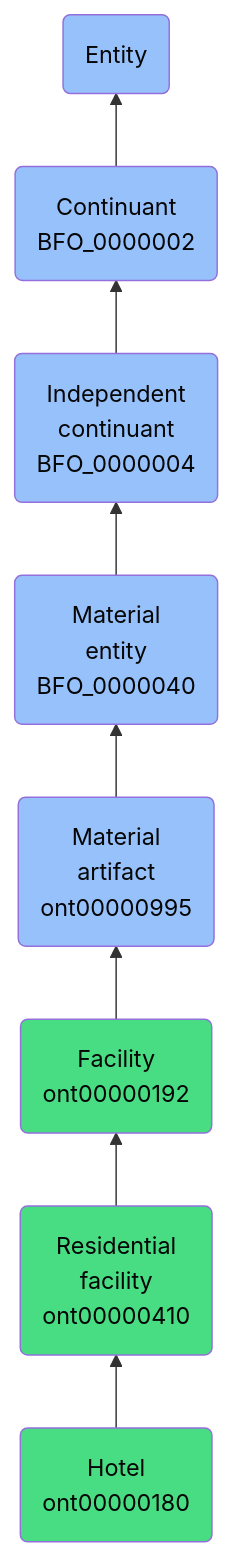
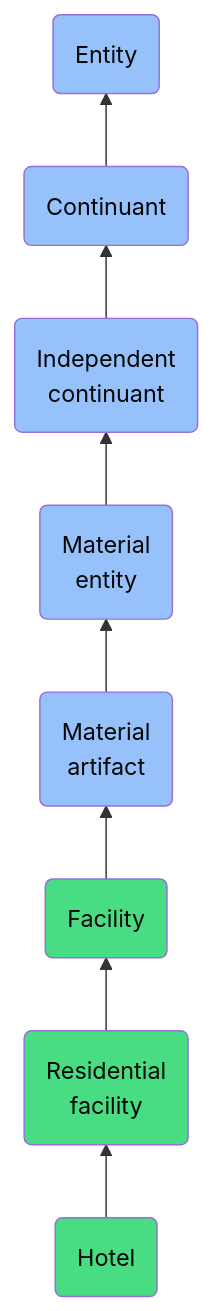
Before and after one commit to jupyter-naas/abi: the diagram in docs/ontology/reference/model/Entity/Continuant/Independent continuant/Material entity/Material artifact/Facility/Residential facility/Hotel/Hotel.md, drawn with Mermaid. The commit also changed other lines of this file and 1430 other files, not shown here.

````diff
--- a/docs/ontology/reference/model/Entity/Continuant/Independent continuant/Material entity/Material artifact/Facility/Residential facility/Hotel/Hotel.md
+++ b/docs/ontology/reference/model/Entity/Continuant/Independent continuant/Material entity/Material artifact/Facility/Residential facility/Hotel/Hotel.md
@@ -24,15 +24,15 @@
 ```mermaid
 graph BT
-    ont00000180(Hotel<br>ont00000180):::ABI-->ont00000410
-    ont00000410(Residential<br>facility<br>ont00000410):::ABI-->ont00000192
-    ont00000192(Facility<br>ont00000192):::ABI-->ont00000995
-    ont00000995(Material<br>artifact<br>ont00000995):::BFO-->BFO_0000040
-    BFO_0000040(Material<br>entity<br>BFO_0000040):::BFO-->BFO_0000004
-    BFO_0000004(Independent<br>continuant<br>BFO_0000004):::BFO-->BFO_0000002
-    BFO_0000002(Continuant<br>BFO_0000002):::BFO-->BFO_0000001
+    ont00000180(Hotel):::ABI-->ont00000410
+    ont00000410(Residential<br>facility):::ABI-->ont00000192
+    ont00000192(Facility):::ABI-->ont00000995
+    ont00000995(Material<br>artifact):::BFO-->BFO_0000040
+    BFO_0000040(Material<br>entity):::BFO-->BFO_0000004
+    BFO_0000004(Independent<br>continuant):::BFO-->BFO_0000002
+    BFO_0000002(Continuant):::BFO-->BFO_0000001
     BFO_0000001(Entity):::BFO
     
     classDef BFO fill:#97c1fb,color:#060606
     classDef CCO fill:#e4c51e,color:#060606
     classDef ABI fill:#48DD82,color:#060606
 ```
````
